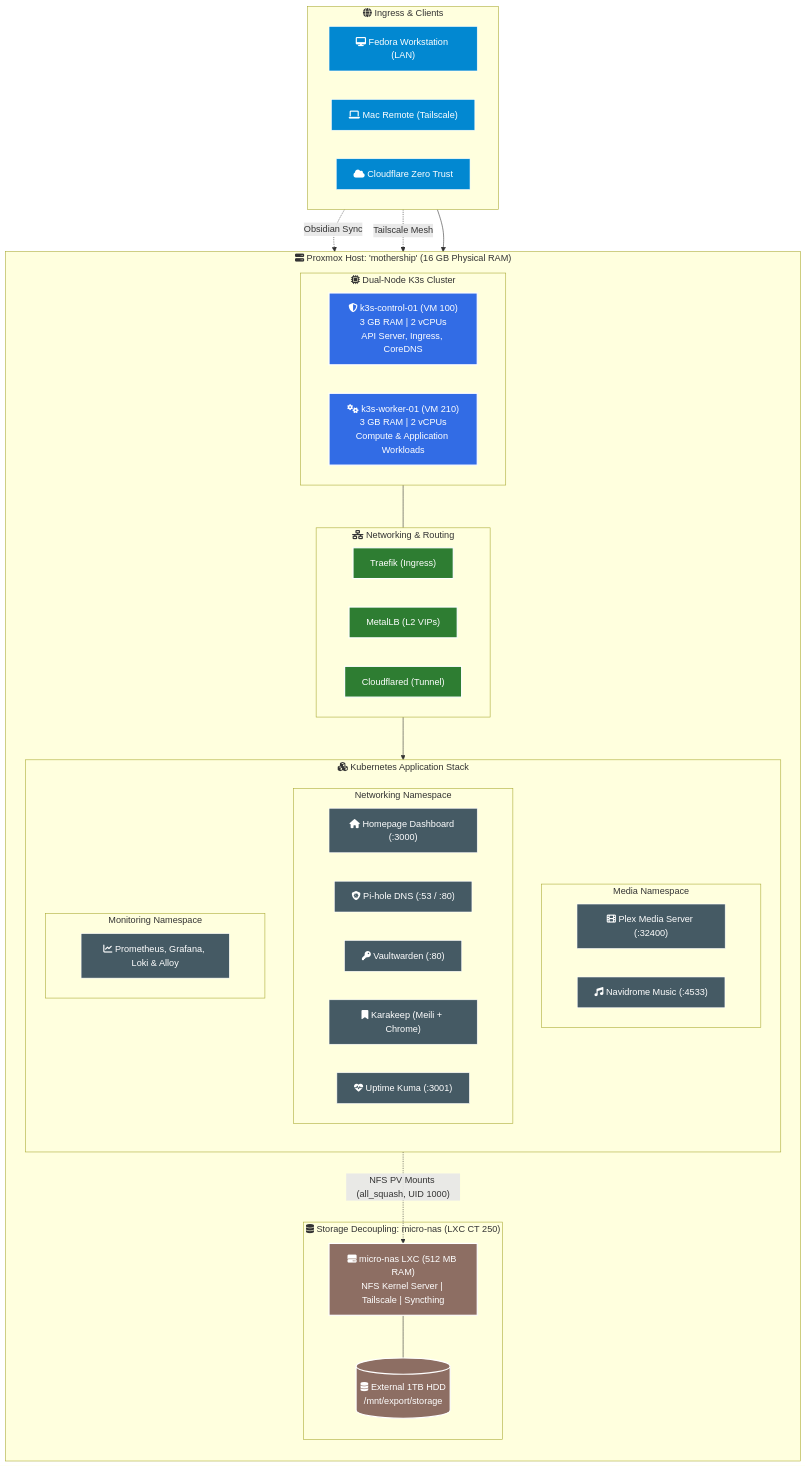
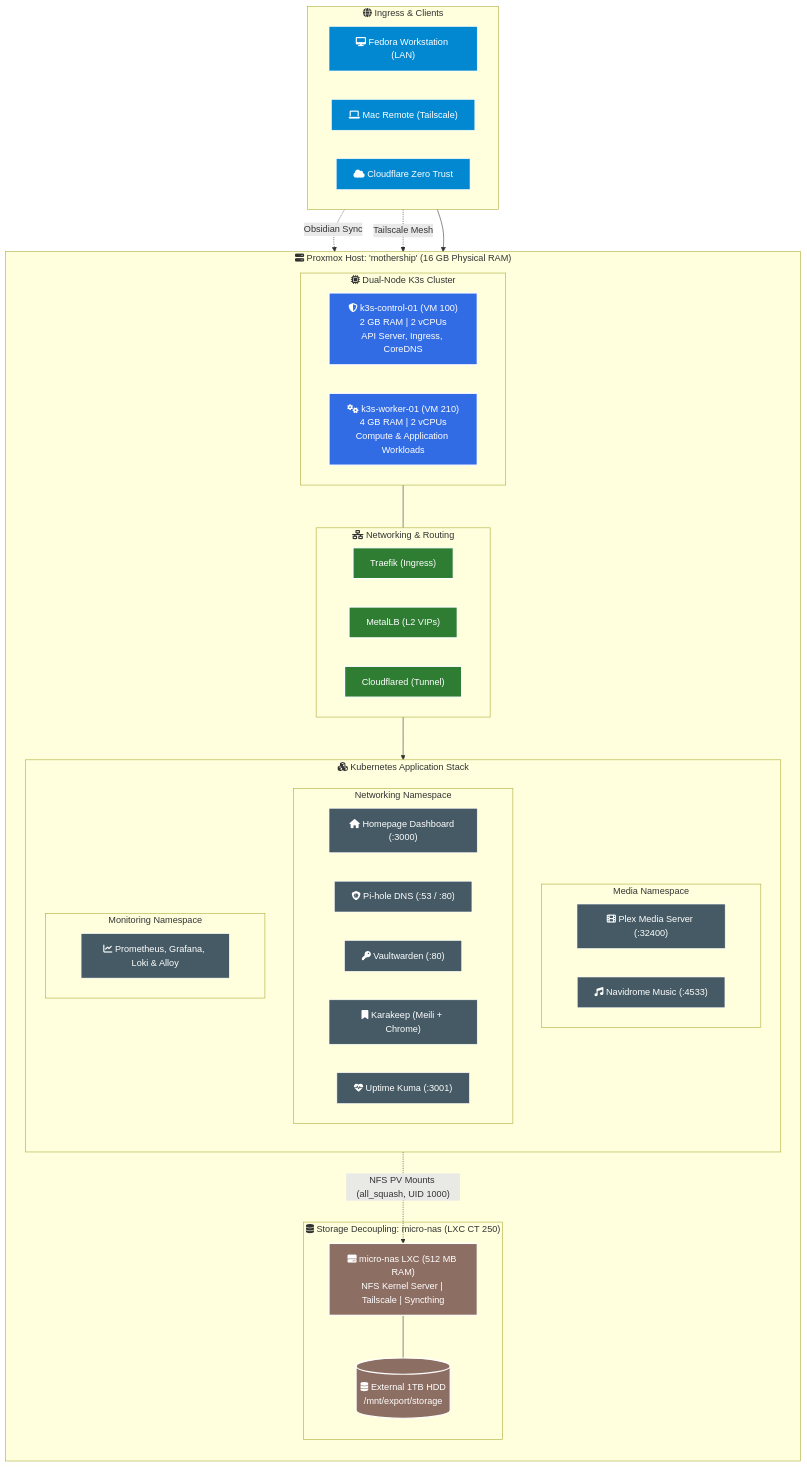
One commit to ManuelSaleta/homelab changed the diagram in README.md. Above: the diagram before and after it, drawn with Mermaid. The commit also changed other lines of this file and 3 other files, not shown here.

First line of the commit message:
tune(infra): optimize control plane to 2GB RAM and expand worker to 4GB RAM

````diff
--- a/README.md
+++ b/README.md
@@ -18,64 +18,64 @@
 ```mermaid
 flowchart TB
     classDef k3s fill:#326ce5,stroke:#fff,stroke-width:2px,color:#fff;
     classDef proxmox fill:#e46623,stroke:#fff,stroke-width:2px,color:#fff;
     classDef storage fill:#8d6e63,stroke:#fff,stroke-width:2px,color:#fff;
     classDef network fill:#2e7d32,stroke:#fff,stroke-width:2px,color:#fff;
     classDef app fill:#455a64,stroke:#fff,stroke-width:1px,color:#fff;
     classDef client fill:#0288d1,stroke:#fff,stroke-width:1px,color:#fff;
 
     subgraph Clients["fa:fa-globe Ingress & Clients"]
         direction LR
         Fedora["fa:fa-desktop Fedora Workstation (LAN)"]:::client
         MacRemote["fa:fa-laptop Mac Remote (Tailscale)"]:::client
         CloudflareEdge["fa:fa-cloud Cloudflare Zero Trust"]:::client
     end
 
     subgraph Proxmox_Mothership["fa:fa-server Proxmox Host: 'mothership' (16 GB Physical RAM)"]
         direction TB
 
         subgraph Storage_Layer["fa:fa-database Storage Decoupling: micro-nas (LXC CT 250)"]
             MicroNAS["fa:fa-hdd micro-nas LXC (512 MB RAM)\nNFS Kernel Server | Tailscale | Syncthing"]:::storage
             ExtHDD[("fa:fa-database External 1TB HDD\n/mnt/export/storage")]:::storage
             MicroNAS --- ExtHDD
         end
 
         subgraph K3s_Cluster["fa:fa-microchip Dual-Node K3s Cluster"]
             direction LR
-            ControlPlane["fa:fa-shield-alt k3s-control-01 (VM 100)\n3 GB RAM | 2 vCPUs\nAPI Server, Ingress, CoreDNS"]:::k3s
-            WorkerNode["fa:fa-cogs k3s-worker-01 (VM 210)\n3 GB RAM | 2 vCPUs\nCompute & Application Workloads"]:::k3s
+            ControlPlane["fa:fa-shield-alt k3s-control-01 (VM 100)\n2 GB RAM | 2 vCPUs\nAPI Server, Ingress, CoreDNS"]:::k3s
+            WorkerNode["fa:fa-cogs k3s-worker-01 (VM 210)\n4 GB RAM | 2 vCPUs\nCompute & Application Workloads"]:::k3s
         end
 
         subgraph Ingress_Networking["fa:fa-network-wired Networking & Routing"]
             direction LR
             Traefik["Traefik (Ingress)"]:::network
             MetalLB["MetalLB (L2 VIPs)"]:::network
             Cloudflared["Cloudflared (Tunnel)"]:::network
         end
 
         subgraph Applications["fa:fa-cubes Kubernetes Application Stack"]
             direction TB
             subgraph Media_Namespace["Media Namespace"]
                 Plex["fa:fa-film Plex Media Server (:32400)"]:::app
                 Navidrome["fa:fa-music Navidrome Music (:4533)"]:::app
             end
             subgraph Networking_Namespace["Networking Namespace"]
                 Homepage["fa:fa-home Homepage Dashboard (:3000)"]:::app
                 PiHole["fa:fa-shield-virus Pi-hole DNS (:53 / :80)"]:::app
                 Vaultwarden["fa:fa-key Vaultwarden (:80)"]:::app
                 Karakeep["fa:fa-bookmark Karakeep (Meili + Chrome)"]:::app
                 UptimeKuma["fa:fa-heartbeat Uptime Kuma (:3001)"]:::app
             end
             subgraph Monitoring_Namespace["Monitoring Namespace"]
                 Monitoring["fa:fa-chart-line Prometheus, Grafana, Loki & Alloy"]:::app
             end
         end
     end
 
     Clients --> Ingress_Networking
     Ingress_Networking --> Applications
     K3s_Cluster --- Ingress_Networking
     Applications -. "NFS PV Mounts (all_squash, UID 1000)" .-> MicroNAS
     Fedora -. "Obsidian Sync" .-> MicroNAS
     MacRemote -. "Tailscale Mesh" .-> MicroNAS
 ```
````
